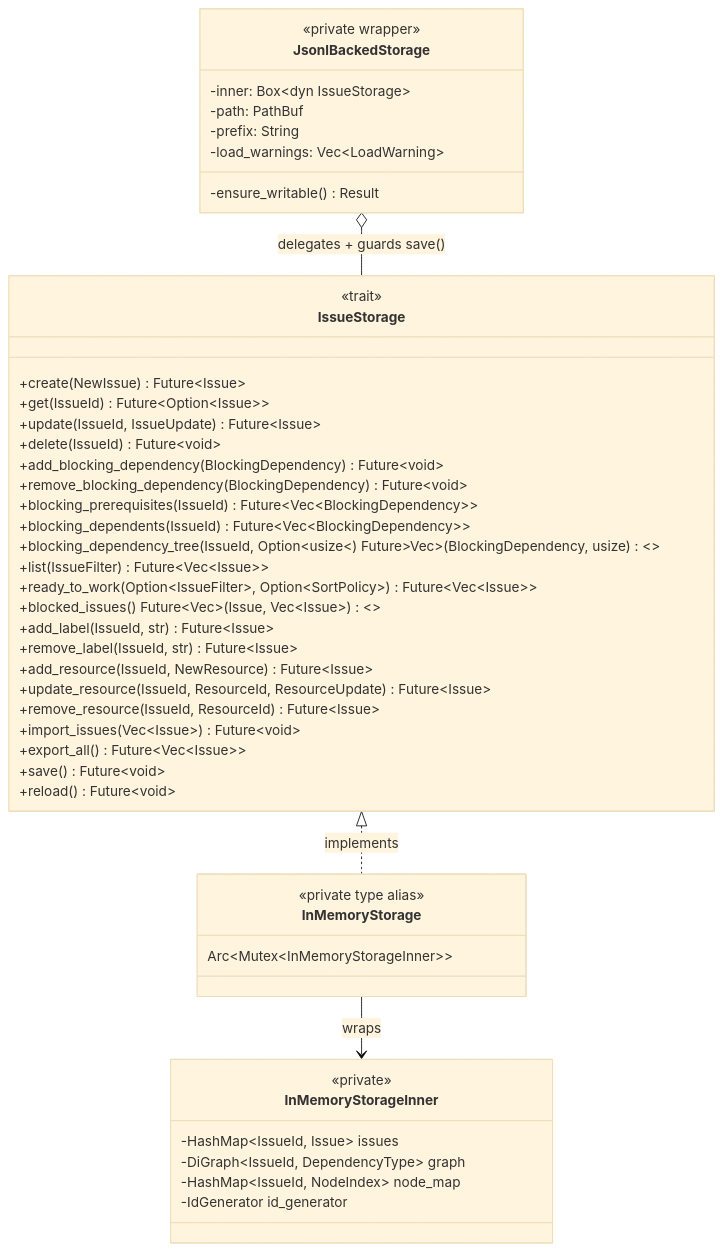
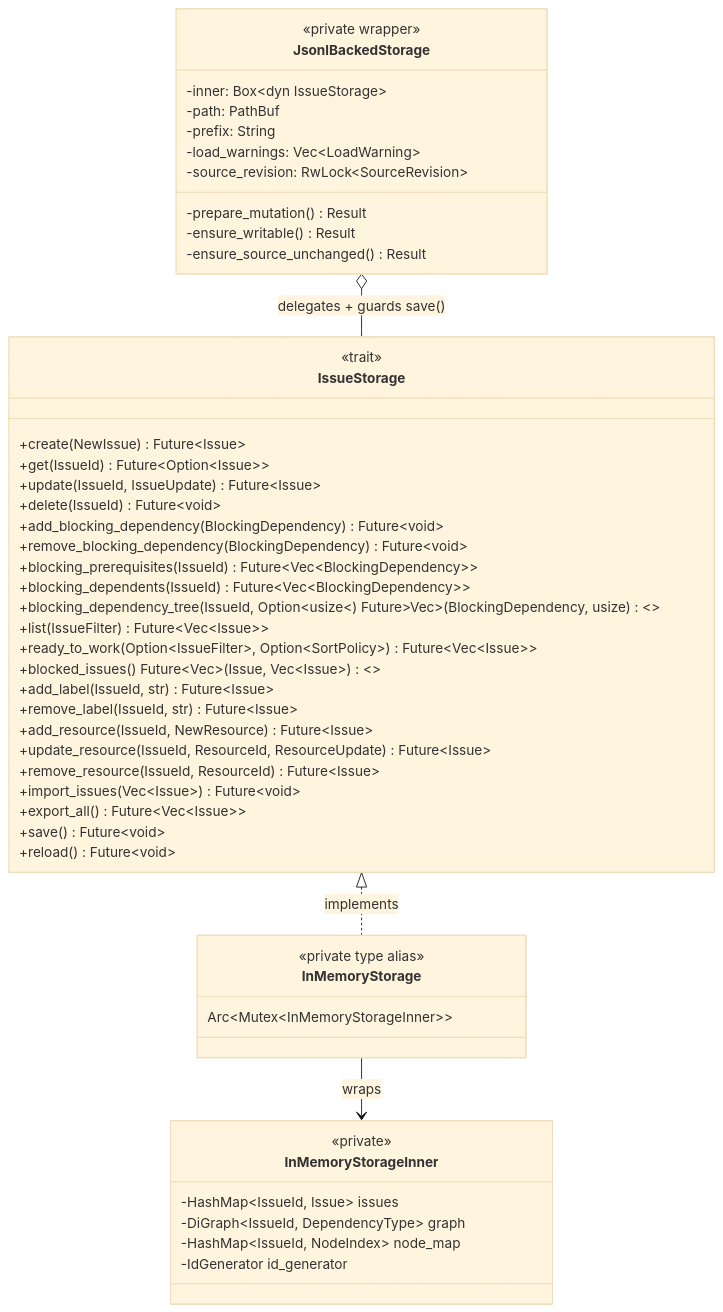
Before and after one commit to dwalleck/rivets: the first of 9 diagrams in docs/storage-architecture.md, drawn with Mermaid (base theme). The commit also changed other lines of this file and 9 other files, not shown here.

````diff
--- a/docs/storage-architecture.md
+++ b/docs/storage-architecture.md
@@ -7,53 +7,56 @@
 ```mermaid
 classDiagram
     class IssueStorage {
         <<trait>>
         +create(NewIssue) Future~Issue~
         +get(IssueId) Future~Option~Issue~~
         +update(IssueId, IssueUpdate) Future~Issue~
         +delete(IssueId) Future~void~
         +add_blocking_dependency(BlockingDependency) Future~void~
         +remove_blocking_dependency(BlockingDependency) Future~void~
         +blocking_prerequisites(IssueId) Future~Vec~BlockingDependency~~
         +blocking_dependents(IssueId) Future~Vec~BlockingDependency~~
         +blocking_dependency_tree(IssueId, Option~usize~) Future~Vec~(BlockingDependency, usize)~~
         +list(IssueFilter) Future~Vec~Issue~~
         +ready_to_work(Option~IssueFilter~, Option~SortPolicy~) Future~Vec~Issue~~
         +blocked_issues() Future~Vec~(Issue, Vec~Issue~)~~
         +add_label(IssueId, str) Future~Issue~
         +remove_label(IssueId, str) Future~Issue~
         +add_resource(IssueId, NewResource) Future~Issue~
         +update_resource(IssueId, ResourceId, ResourceUpdate) Future~Issue~
         +remove_resource(IssueId, ResourceId) Future~Issue~
         +import_issues(Vec~Issue~) Future~void~
         +export_all() Future~Vec~Issue~~
         +save() Future~void~
         +reload() Future~void~
     }
 
     class InMemoryStorage {
         <<private type alias>>
         Arc~Mutex~InMemoryStorageInner~~
     }
 
     class InMemoryStorageInner {
         <<private>>
         -HashMap~IssueId, Issue~ issues
         -DiGraph~IssueId, DependencyType~ graph
         -HashMap~IssueId, NodeIndex~ node_map
         -IdGenerator id_generator
     }
 
     class JsonlBackedStorage {
         <<private wrapper>>
         -inner: Box~dyn IssueStorage~
         -path: PathBuf
         -prefix: String
         -load_warnings: Vec~LoadWarning~
+        -source_revision: RwLock~SourceRevision~
+        -prepare_mutation() Result
         -ensure_writable() Result
+        -ensure_source_unchanged() Result
     }
 
     IssueStorage <|.. InMemoryStorage : implements
     InMemoryStorage --> InMemoryStorageInner : wraps
     JsonlBackedStorage o-- IssueStorage : delegates + guards save()
 ```
````
